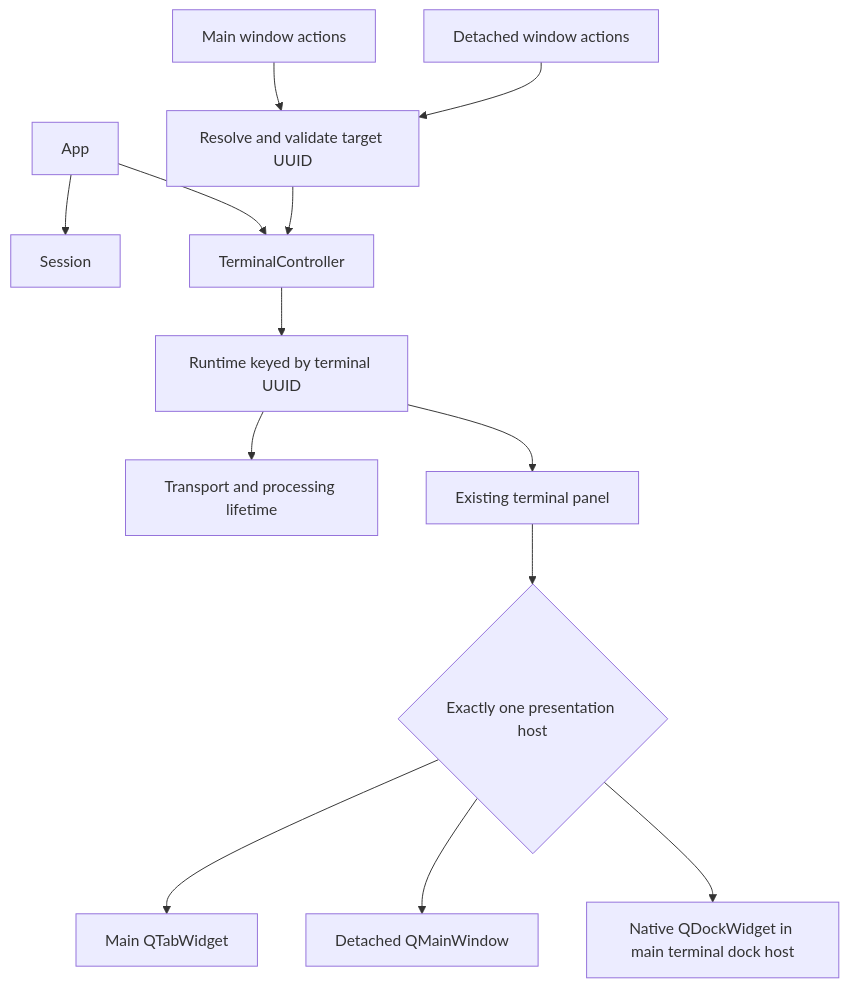
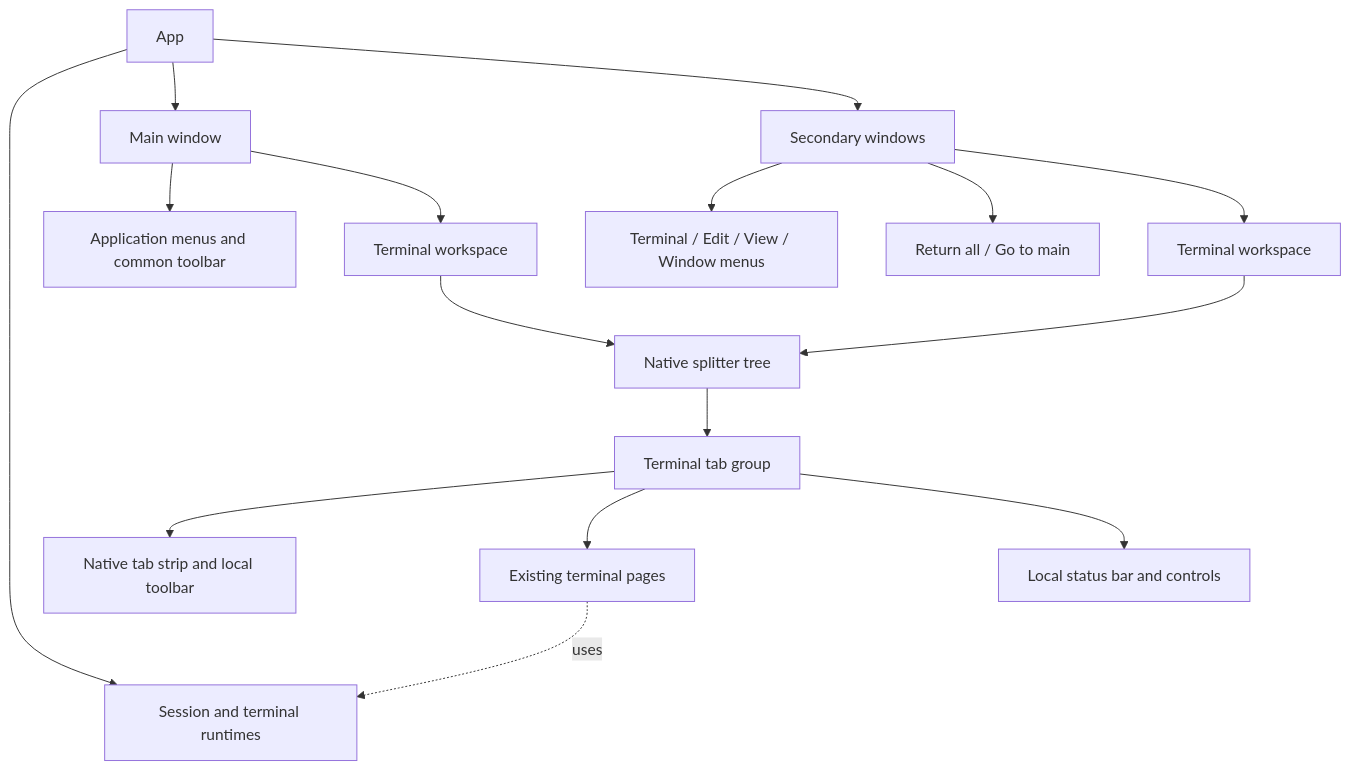
The diagram in docs/terminal-windows.md (Octaviarius/TermMaster), drawn with Mermaid before and after one commit. The commit also changed other lines of this file and 1 other file, not shown here.

Commit message:
Docs: describe terminal groups and drag acceptance

````diff
--- a/docs/terminal-windows.md
+++ b/docs/terminal-windows.md
@@ -60,15 +10,18 @@
 ```mermaid
-flowchart TB
-    App --> Session
-    App --> Controller[TerminalController]
-    Controller --> Runtime[Runtime keyed by terminal UUID]
-    Runtime --> Transport[Transport and processing lifetime]
-    Runtime --> Panel[Existing terminal panel]
-    Panel --> Placement{Exactly one presentation host}
-    Placement --> Tabs[Main QTabWidget]
-    Placement --> Window[Detached QMainWindow]
-    Placement --> Dock[Native QDockWidget in main terminal dock host]
-    MainCommands[Main window actions] --> Target[Resolve and validate target UUID]
-    WindowCommands[Detached window actions] --> Target
-    Target --> Controller
+flowchart TD
+    App --> Session[Session and terminal runtimes]
+    App --> Main[Main window]
+    App --> Secondary[Secondary windows]
+    Main --> Global[Application menus and common toolbar]
+    Main --> MainArea[Terminal workspace]
+    Secondary --> Limited[Terminal / Edit / View / Window menus]
+    Secondary --> Navigation[Return all / Go to main]
+    Secondary --> OtherArea[Terminal workspace]
+    MainArea --> Tree[Native splitter tree]
+    OtherArea --> Tree
+    Tree --> Group[Terminal tab group]
+    Group --> Header[Native tab strip and local toolbar]
+    Group --> Pages[Existing terminal pages]
+    Group --> Status[Local status bar and controls]
+    Pages -. uses .-> Session
 ```
````
